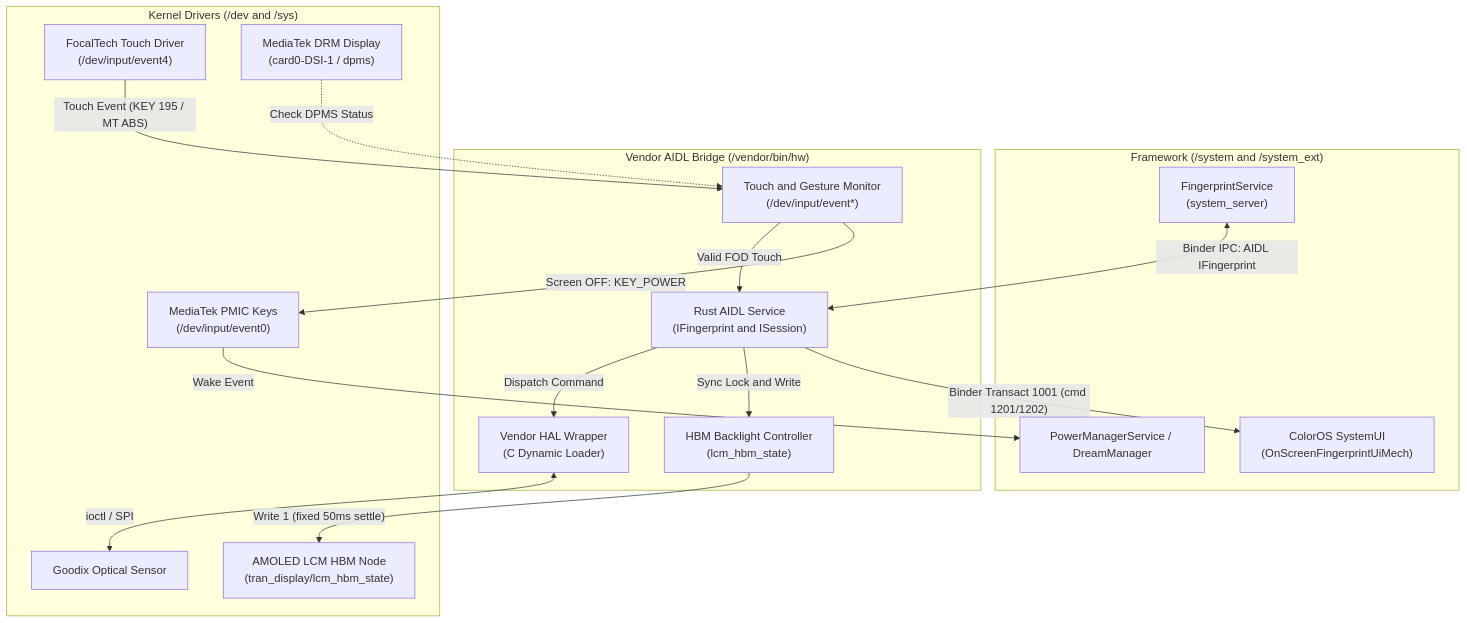
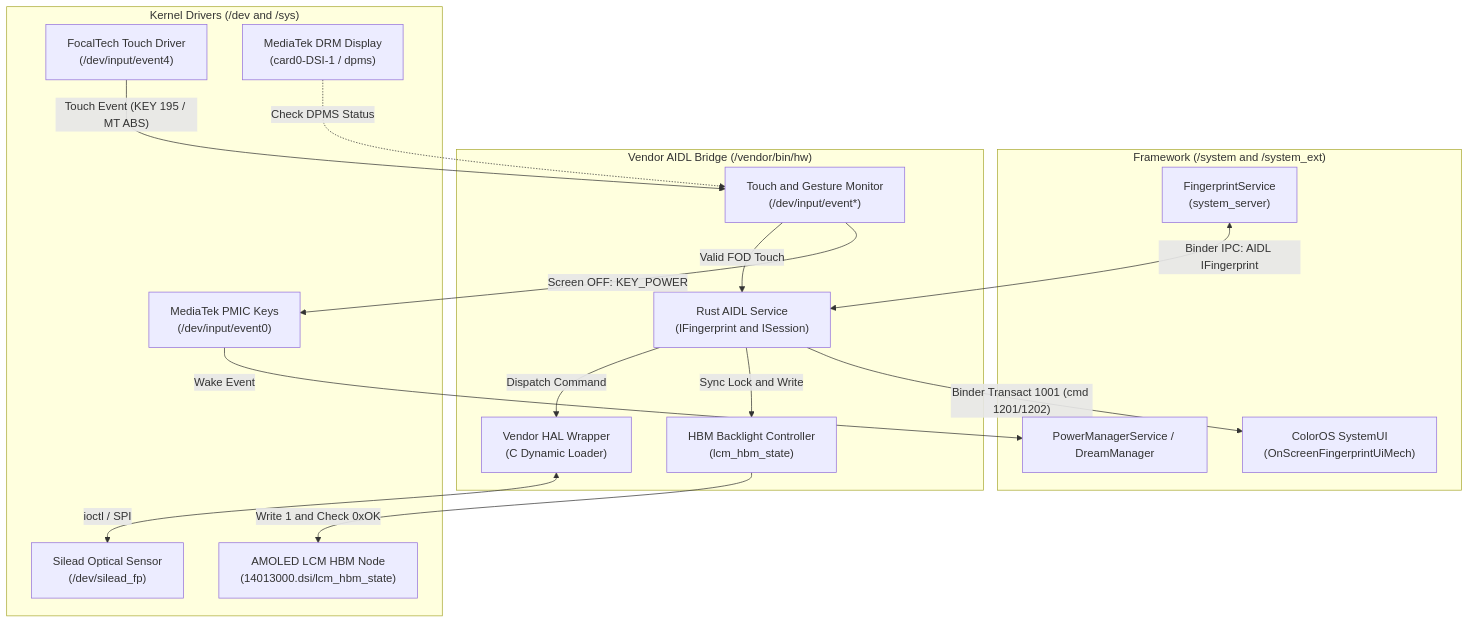
The first of 4 diagrams in README.md (usermahiro/Oplus-UDFPS-Bridge-Transsion), drawn with Mermaid before and after one commit. The commit also changed other lines of this file and 12 other files, not shown here.

````diff
--- a/README.md
+++ b/README.md
@@ -53,35 +62,35 @@
 ```mermaid
 flowchart TD
     subgraph System["Framework (/system and /system_ext)"]
         SysUI["ColorOS SystemUI<br/>(OnScreenFingerprintUiMech)"]
         FpService["FingerprintService<br/>(system_server)"]
         PowerMgr["PowerManagerService / DreamManager"]
     end
 
     subgraph Bridge["Vendor AIDL Bridge (/vendor/bin/hw)"]
         AidlService["Rust AIDL Service<br/>(IFingerprint and ISession)"]
         TouchMon["Touch and Gesture Monitor<br/>(/dev/input/event*)"]
         HbmCtrl["HBM Backlight Controller<br/>(lcm_hbm_state)"]
         HalWrap["Vendor HAL Wrapper<br/>(C Dynamic Loader)"]
     end
 
     subgraph Kernel["Kernel Drivers (/dev and /sys)"]
         FtsDriver["FocalTech Touch Driver<br/>(/dev/input/event4)"]
         PmicKeys["MediaTek PMIC Keys<br/>(/dev/input/event0)"]
         MtkDrm["MediaTek DRM Display<br/>(card0-DSI-1 / dpms)"]
-        HbmNode["AMOLED LCM HBM Node<br/>(tran_display/lcm_hbm_state)"]
-        GoodixDev["Goodix Optical Sensor"]
+        HbmNode["AMOLED LCM HBM Node<br/>(14013000.dsi/lcm_hbm_state)"]
+        SileadDev["Silead Optical Sensor<br/>(/dev/silead_fp)"]
     end
 
     FpService <-->|"Binder IPC: AIDL IFingerprint"| AidlService
     AidlService -->|"Binder Transact 1001 (cmd 1201/1202)"| SysUI
     FtsDriver -->|"Touch Event (KEY 195 / MT ABS)"| TouchMon
     TouchMon -->|"Screen OFF: KEY_POWER"| PmicKeys
     PmicKeys -->|"Wake Event"| PowerMgr
     TouchMon -->|"Valid FOD Touch"| AidlService
     AidlService -->|"Sync Lock and Write"| HbmCtrl
-    HbmCtrl -->|"Write 1 (fixed 50ms settle)"| HbmNode
+    HbmCtrl -->|"Write 1 and Check 0xOK"| HbmNode
     AidlService -->|"Dispatch Command"| HalWrap
-    HalWrap <-->|"ioctl / SPI"| GoodixDev
+    HalWrap <-->|"ioctl / SPI"| SileadDev
     MtkDrm -.->|"Check DPMS Status"| TouchMon
 ```
````
